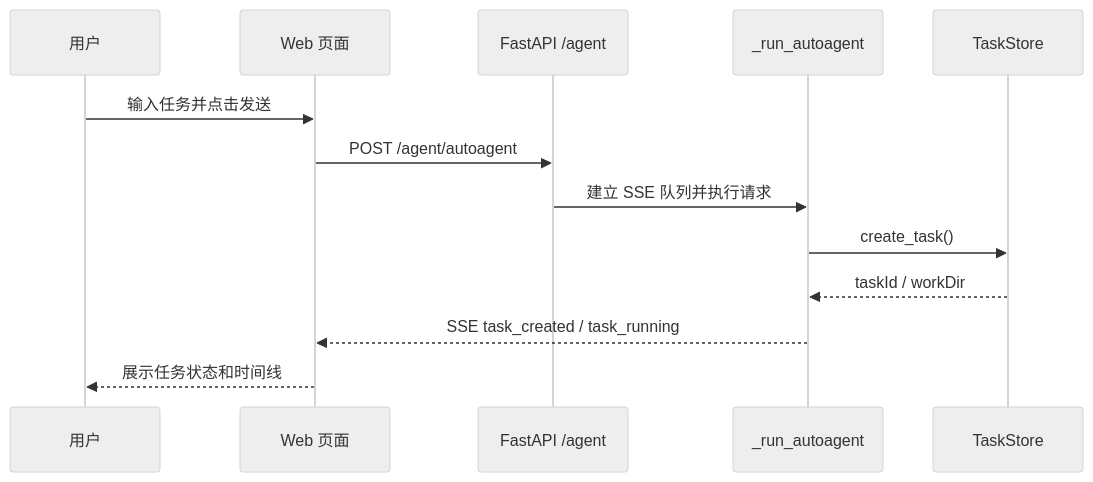
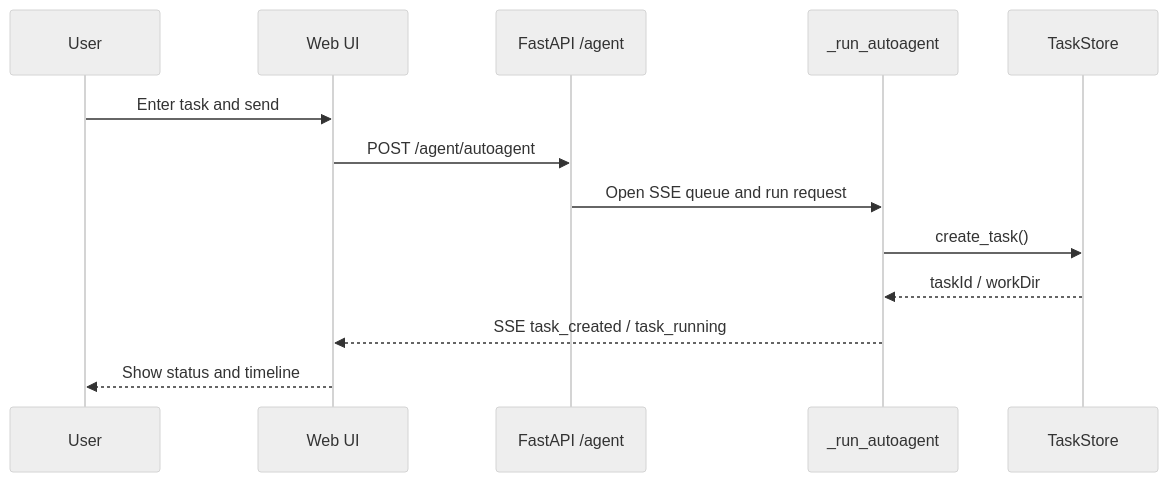
One commit to youkuxiaobin/task-pilot-agent changed the third of 18 diagrams in README.md. Above: the diagram before and after it, drawn with Mermaid (neutral theme). The commit also changed other lines of this file and 1 other file, not shown here.

````diff
--- a/README.md
+++ b/README.md
@@ -69,16 +86,16 @@
 ```mermaid
 sequenceDiagram
-  participant User as 用户
-  participant Web as Web 页面
+  participant User
+  participant Web as Web UI
   participant API as FastAPI /agent
   participant Runner as _run_autoagent
   participant Store as TaskStore
 
-  User->>Web: 输入任务并点击发送
+  User->>Web: Enter task and send
   Web->>API: POST /agent/autoagent
-  API->>Runner: 建立 SSE 队列并执行请求
+  API->>Runner: Open SSE queue and run request
   Runner->>Store: create_task()
   Store-->>Runner: taskId / workDir
   Runner-->>Web: SSE task_created / task_running
-  Web-->>User: 展示任务状态和时间线
+  Web-->>User: Show status and timeline
 ```
````
